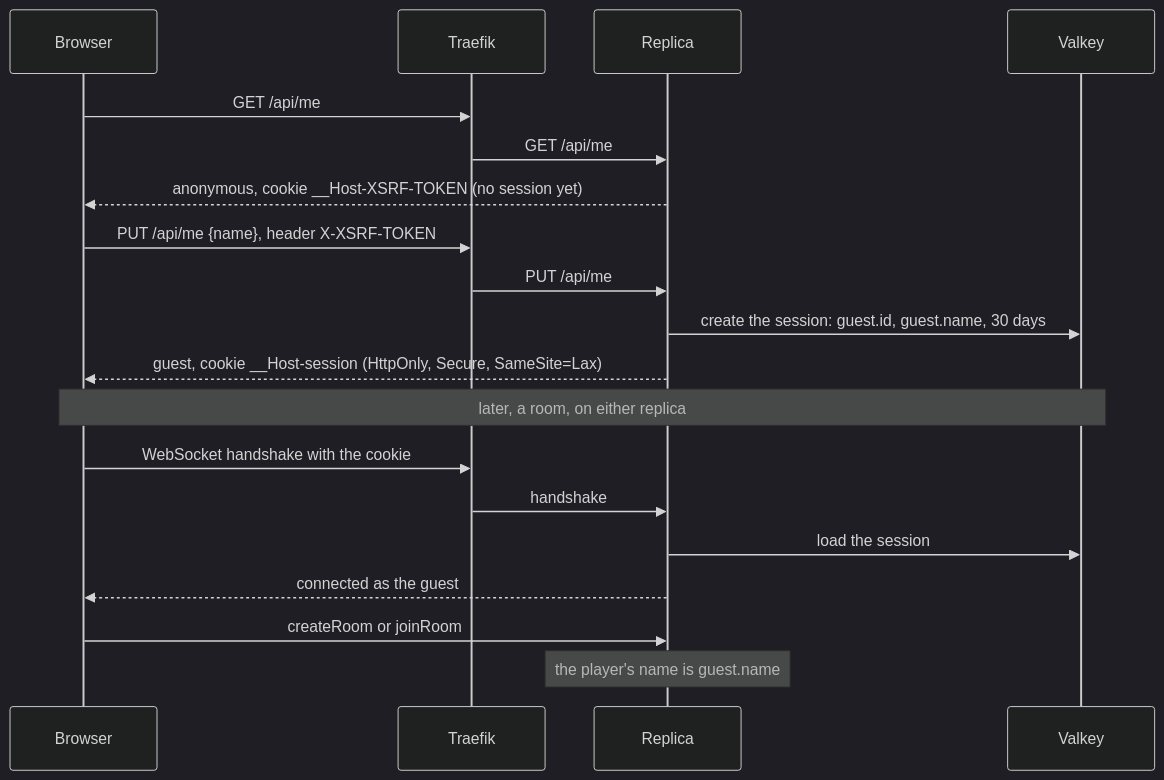
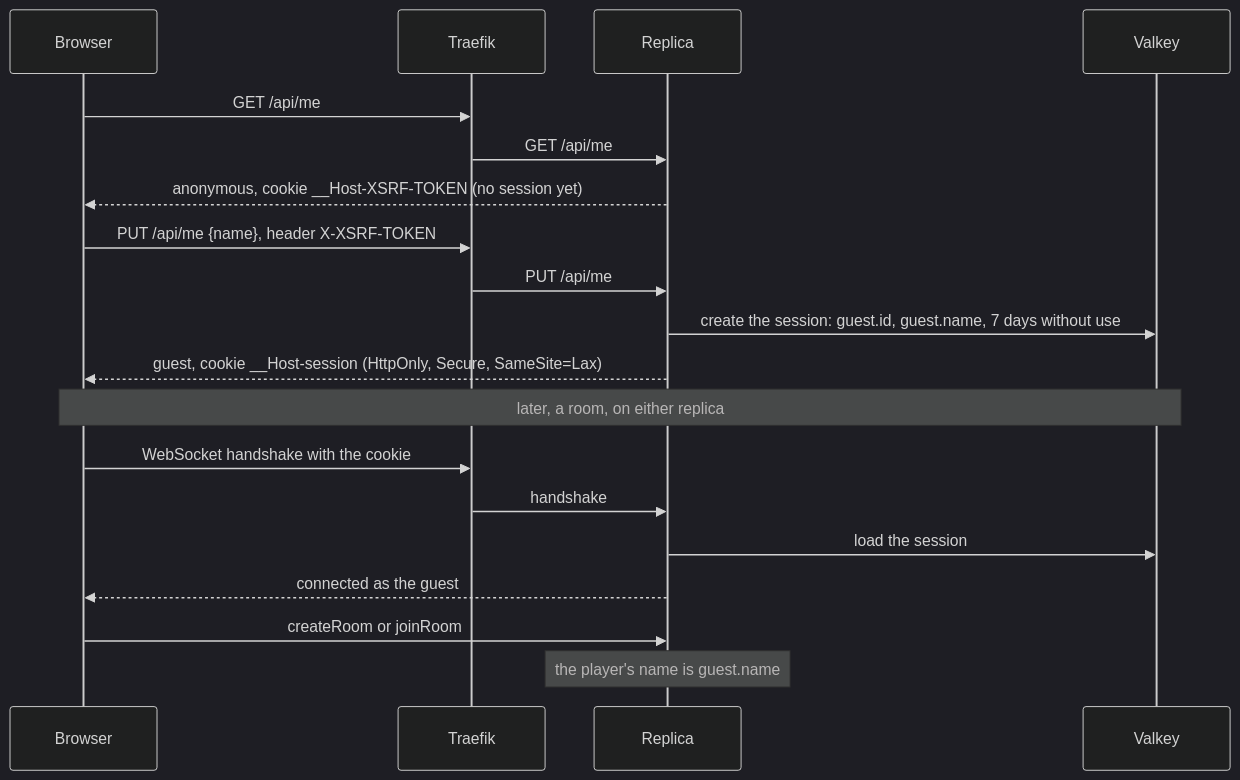
The diagram in docs/adr/0010-guest-sessions-in-valkey.md (Didelo-lilian/semaphore), drawn with Mermaid (dark theme) before and after one commit. The commit also changed other lines of this file and 18 other files, not shown here.

Commit message:
feat: keep a guest's pseudo in a session shared by the replicas (#61)

````diff
--- a/docs/adr/0010-guest-sessions-in-valkey.md
+++ b/docs/adr/0010-guest-sessions-in-valkey.md
@@ -18,21 +18,21 @@
 ```mermaid
 sequenceDiagram
   participant B as Browser
   participant T as Traefik
   participant R as Replica
   participant V as Valkey
   B->>T: GET /api/me
   T->>R: GET /api/me
   R-->>B: anonymous, cookie __Host-XSRF-TOKEN (no session yet)
   B->>T: PUT /api/me {name}, header X-XSRF-TOKEN
   T->>R: PUT /api/me
-  R->>V: create the session: guest.id, guest.name, 30 days
+  R->>V: create the session: guest.id, guest.name, 7 days without use
   R-->>B: guest, cookie __Host-session (HttpOnly, Secure, SameSite=Lax)
   Note over B,V: later, a room, on either replica
   B->>T: WebSocket handshake with the cookie
   T->>R: handshake
   R->>V: load the session
   R-->>B: connected as the guest
   B->>R: createRoom or joinRoom
   Note over R: the player's name is guest.name
 ```
````
